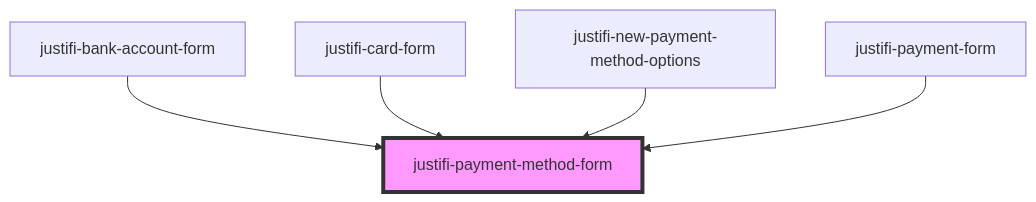
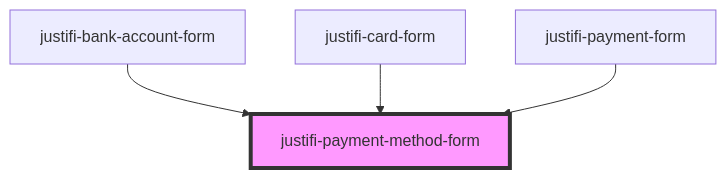
The diagram in packages/webcomponents/src/components/payment-method-form/readme.md (justifi-tech/web-component-library), drawn with Mermaid before and after one commit. The commit also changed other lines of this file and 14 other files, not shown here.

````diff
--- a/packages/webcomponents/src/components/payment-method-form/readme.md
+++ b/packages/webcomponents/src/components/payment-method-form/readme.md
@@ -78,8 +77,7 @@
 ```mermaid
 graph TD;
   justifi-bank-account-form --> justifi-payment-method-form
   justifi-card-form --> justifi-payment-method-form
-  justifi-new-payment-method-options --> justifi-payment-method-form
   justifi-payment-form --> justifi-payment-method-form
   style justifi-payment-method-form fill:#f9f,stroke:#333,stroke-width:4px
 ```
````
